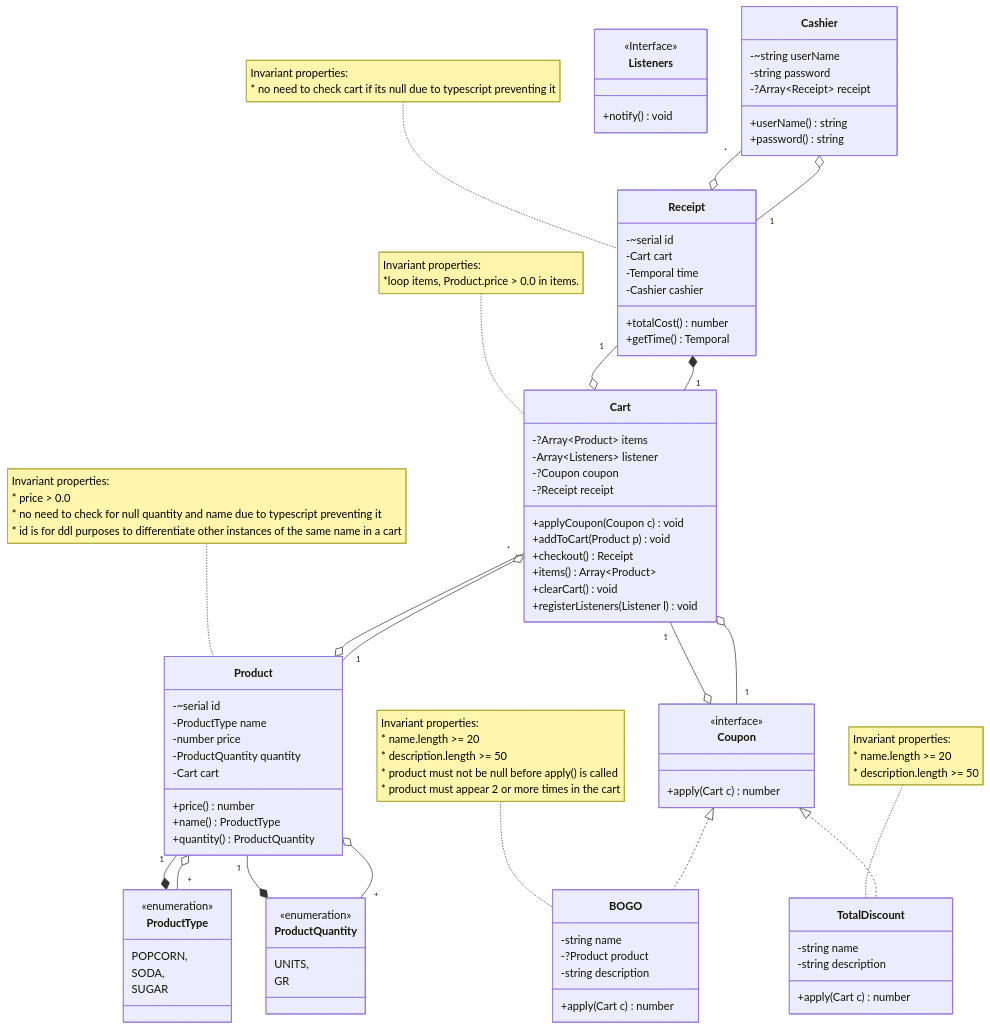
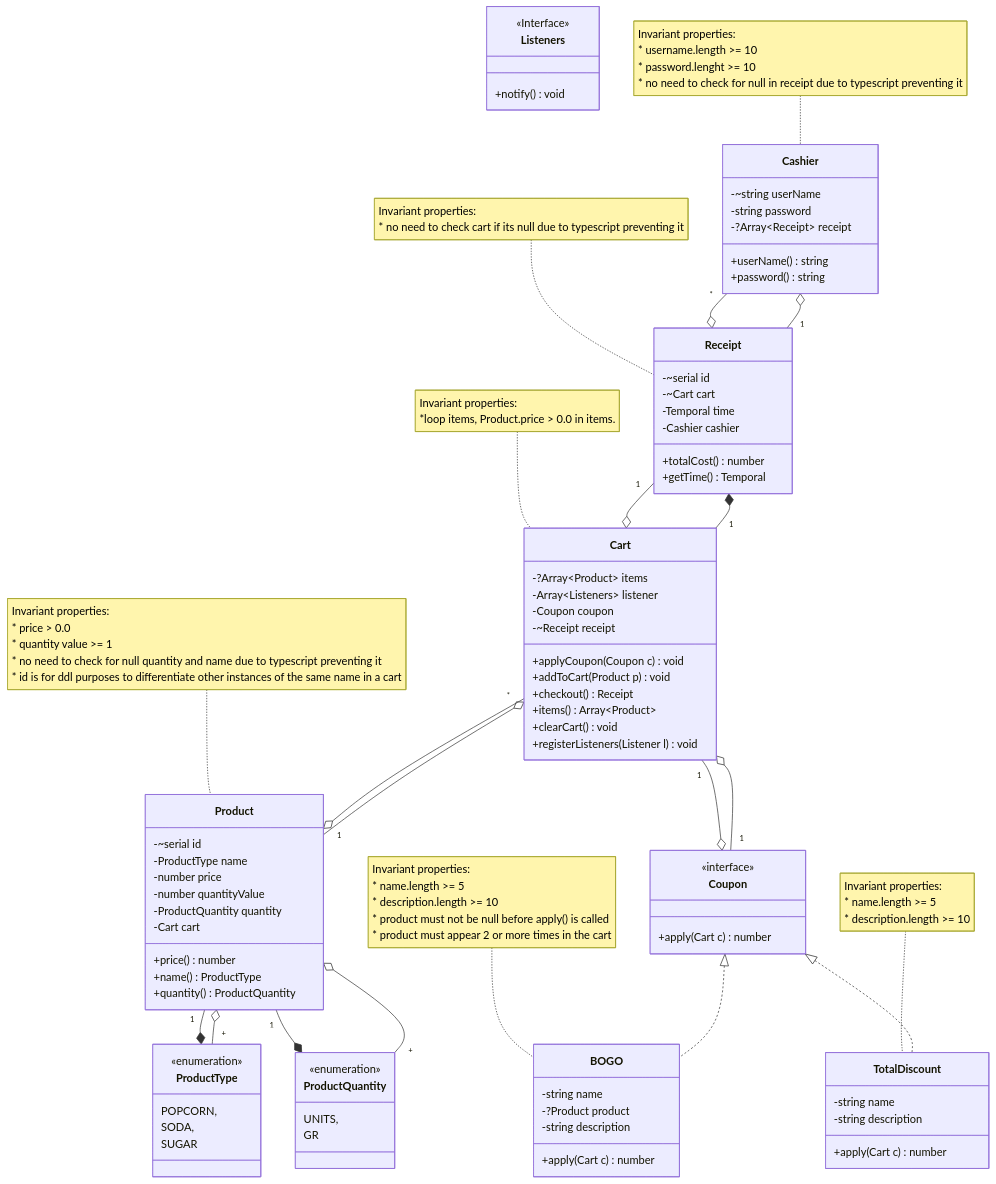
Before and after one commit to andre4352323/2452-pos: the diagram in domain.md, drawn with Mermaid. The commit also changed other lines of this file and 1 other file, not shown here.

Commit message:
phase 2 design completed

```diff
--- a/domain.md
+++ b/domain.md
@@ -21,6 +21,11 @@
             +password() string
         }
 
+        note for Cashier "Invariant properties:
+        * username.length >=  10
+        * password.lenght >= 10
+        * no need to check for null in receipt due to typescript preventing it"
+
         Cashier "*" --o Receipt
         
         class Product{
@@ -28,6 +33,7 @@
             -~serial id
             -ProductType name
             -number price
+            -number quantityValue
             -ProductQuantity quantity
             -Cart cart
         
@@ -42,6 +48,7 @@
         
         note for Product "Invariant properties:
         * price > 0.0
+        * quantity value >= 1
         * no need to check for null quantity and name due to typescript preventing it
         * id is for ddl purposes to differentiate other instances of the same name in a cart"
 
@@ -66,7 +73,7 @@
 
         class Receipt {
             -~serial id
-            -Cart cart
+            -~Cart cart
             -Temporal time
             -Cashier cashier
 
@@ -85,8 +92,8 @@
             
             -?Array~Product~ items
             -Array~Listeners~ listener
-            -?Coupon coupon
-            -?Receipt receipt
+            -Coupon coupon
+            -~Receipt receipt
             
             +applyCoupon(Coupon c) void
             +addToCart(Product p) void
@@ -129,8 +136,8 @@
         }
 
         note for BOGO "Invariant properties:
-        * name.length >= 20
-        * description.length >= 50
+        * name.length >= 5
+        * description.length >= 10
         * product must not be null before apply() is called
         * product must appear 2 or more times in the cart"
 
@@ -138,7 +145,7 @@
 
         class TotalDiscount{
 
-            -string name
+            -string name  
             -string description
 
             +apply(Cart c) number
@@ -146,9 +153,11 @@
         }
 
         note for TotalDiscount "Invariant properties:
-        * name.length >= 20
-        * description.length >= 50"
+        * name.length >= 5
+        * description.length >= 10"
 
         Coupon <|.. TotalDiscount
+
+        
   
 :::
```
